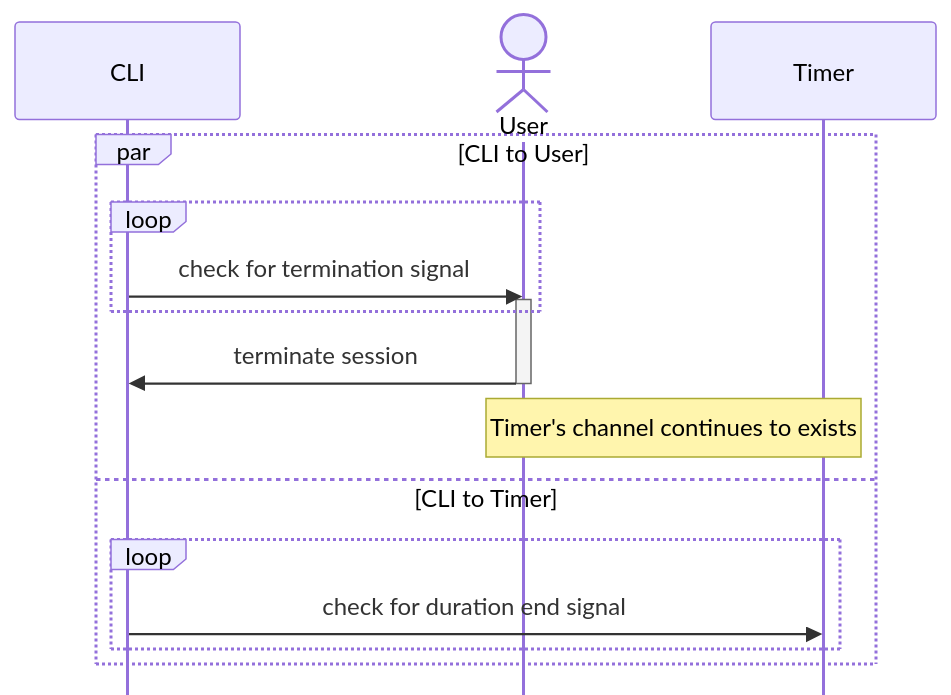
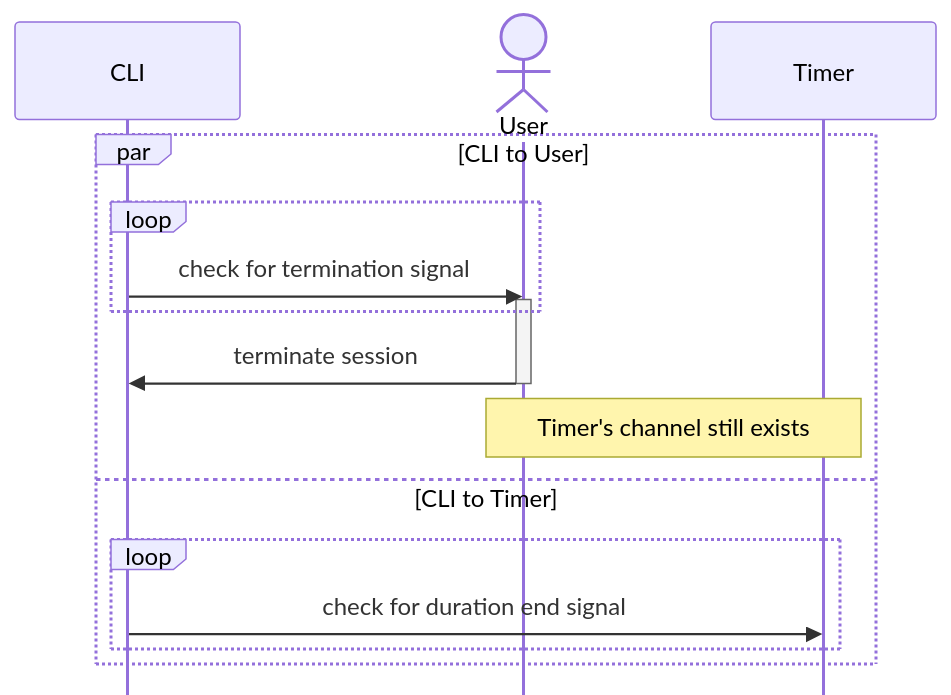
The diagram in content/posts/go/randomly-timed_memory_leak.md (AppleGamer22/applegamer22.github.io), drawn with Mermaid before and after one commit. The commit also changed 4 other files, not shown here.

Commit message:
theme aware diagrams

````diff
--- a/content/posts/go/randomly-timed_memory_leak.md
+++ b/content/posts/go/randomly-timed_memory_leak.md
@@ -35,20 +35,20 @@
 ```mermaid
 %%{init: {"sequence": {"mirrorActors": false}}}%%
 sequenceDiagram
 	participant CLI
 	actor User
 	participant Timer
 	par CLI to User
 		loop
 			CLI->>User: check for termination signal
 			activate User
 		end
 		User->>CLI: terminate session 
 		deactivate User
-		Note over User,Timer: Timer's channel continues to exists
+		Note over User,Timer: Timer's channel still exists
 	and CLI to Timer
 		loop
 			CLI->>Timer: check for duration end signal
 		end
 	end
 ```
````
